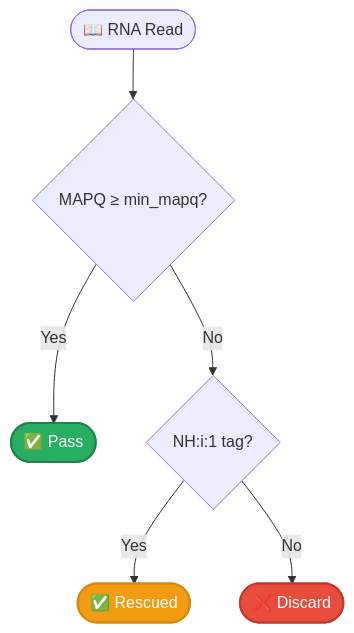
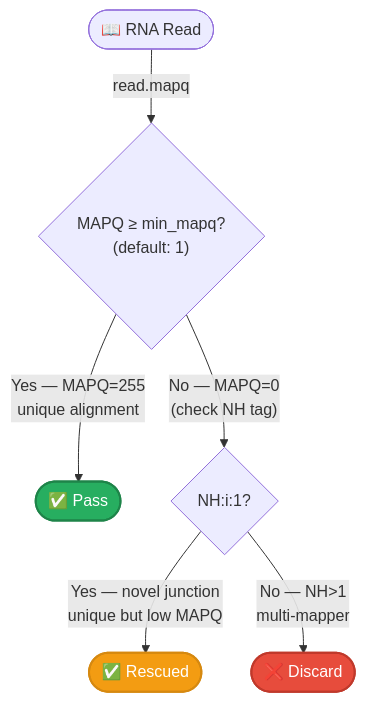
The second of 2 diagrams in docs/reference/read-filters.md (msk-access/gbcms), drawn with Mermaid before and after one commit. The commit also changed 9 other files, not shown here.

````diff
--- a/docs/reference/read-filters.md
+++ b/docs/reference/read-filters.md
@@ -140,12 +140,13 @@
 ```mermaid
 flowchart TD
-    Read([📖 RNA Read]) --> MAPQ{MAPQ ≥ min_mapq?}
-    MAPQ -->|Yes| Pass([✅ Pass]):::pass
-    MAPQ -->|No| NH{NH:i:1 tag?}
-    NH -->|Yes| Rescue([✅ Rescued]):::rescue
-    NH -->|No| Drop([❌ Discard]):::drop
+    Read(["📖 RNA Read"])
+    Read -->|"read.mapq"| MAPQ{"MAPQ ≥ min_mapq?\n(default: 1)"}
+    MAPQ -->|"Yes — MAPQ=255\nunique alignment"| Pass(["✅ Pass"]):::pass
+    MAPQ -->|"No — MAPQ=0\n(check NH tag)"| NH{"NH:i:1?"}
+    NH -->|"Yes — novel junction\nunique but low MAPQ"| Rescue(["✅ Rescued"]):::rescue
+    NH -->|"No — NH>1\nmulti-mapper"| Drop(["❌ Discard"]):::drop
 
     classDef pass fill:#27ae60,color:#fff,stroke:#1e8449,stroke-width:2px;
     classDef rescue fill:#f39c12,color:#fff,stroke:#d68910,stroke-width:2px;
     classDef drop fill:#e74c3c,color:#fff,stroke:#c0392b,stroke-width:2px;
 ```
````
